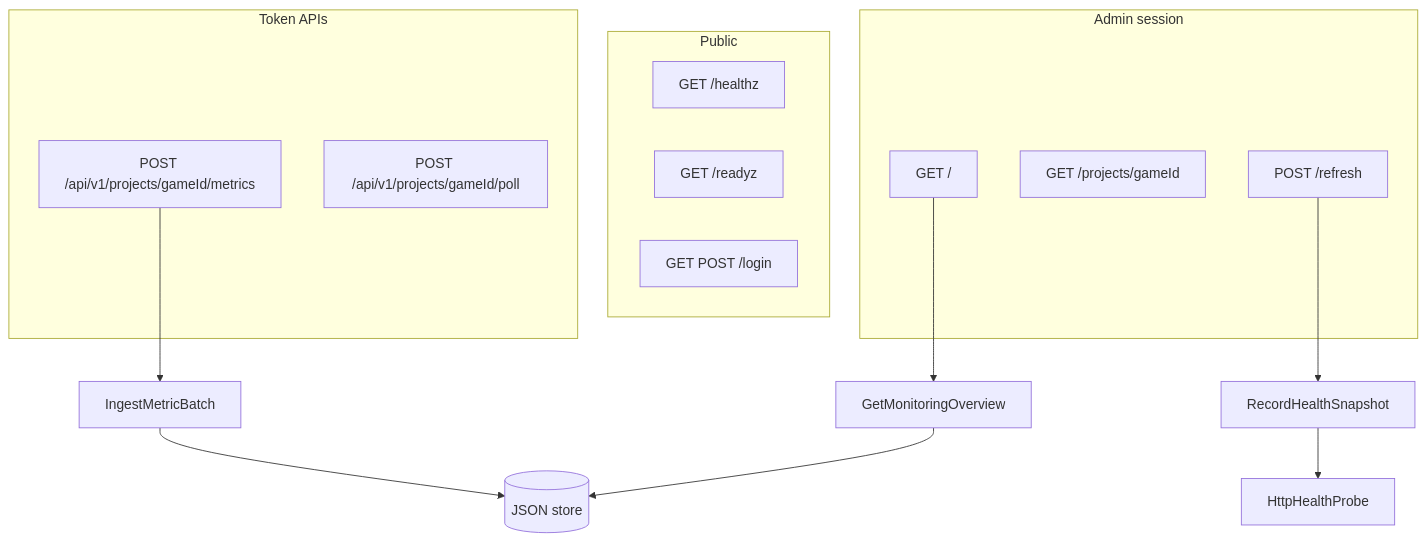
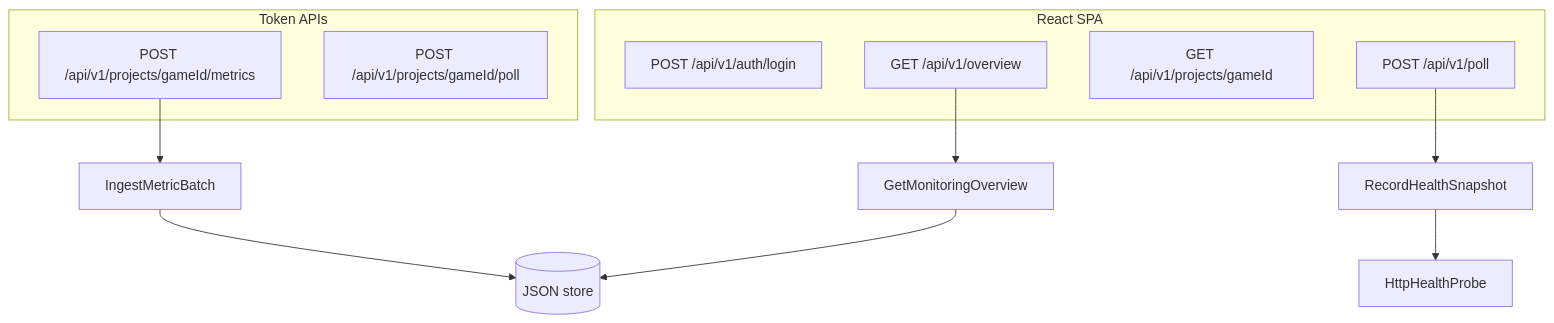
Before and after one commit to AndrijaExe/ProjectMonitoring: the diagram in ARCHITECTURE.md, drawn with Mermaid. The commit also changed other lines of this file and 115 other files, not shown here.

First line of the commit message:
feat: split console into API and React operator UI

````diff
--- a/ARCHITECTURE.md
+++ b/ARCHITECTURE.md
@@ -17,23 +30,19 @@
 ```mermaid
 flowchart TB
-  subgraph public [Public]
-    H["GET /healthz"]
-    R["GET /readyz"]
-    L["GET POST /login"]
-  end
-  subgraph ui [Admin session]
-    D["GET /"]
-    P["GET /projects/gameId"]
-    F["POST /refresh"]
+  subgraph spa [React SPA]
+    Login["POST /api/v1/auth/login"]
+    Board["GET /api/v1/overview"]
+    Detail["GET /api/v1/projects/gameId"]
+    Poll["POST /api/v1/poll"]
   end
   subgraph api [Token APIs]
     I["POST /api/v1/projects/gameId/metrics"]
     O["POST /api/v1/projects/gameId/poll"]
   end
-  D --> Overview[GetMonitoringOverview]
+  Board --> Overview[GetMonitoringOverview]
   I --> Ingest[IngestMetricBatch]
-  F --> Snapshot[RecordHealthSnapshot]
+  Poll --> Snapshot[RecordHealthSnapshot]
   Snapshot --> Probe[HttpHealthProbe]
   Overview --> Store[(JSON store)]
   Ingest --> Store
 ```
````
